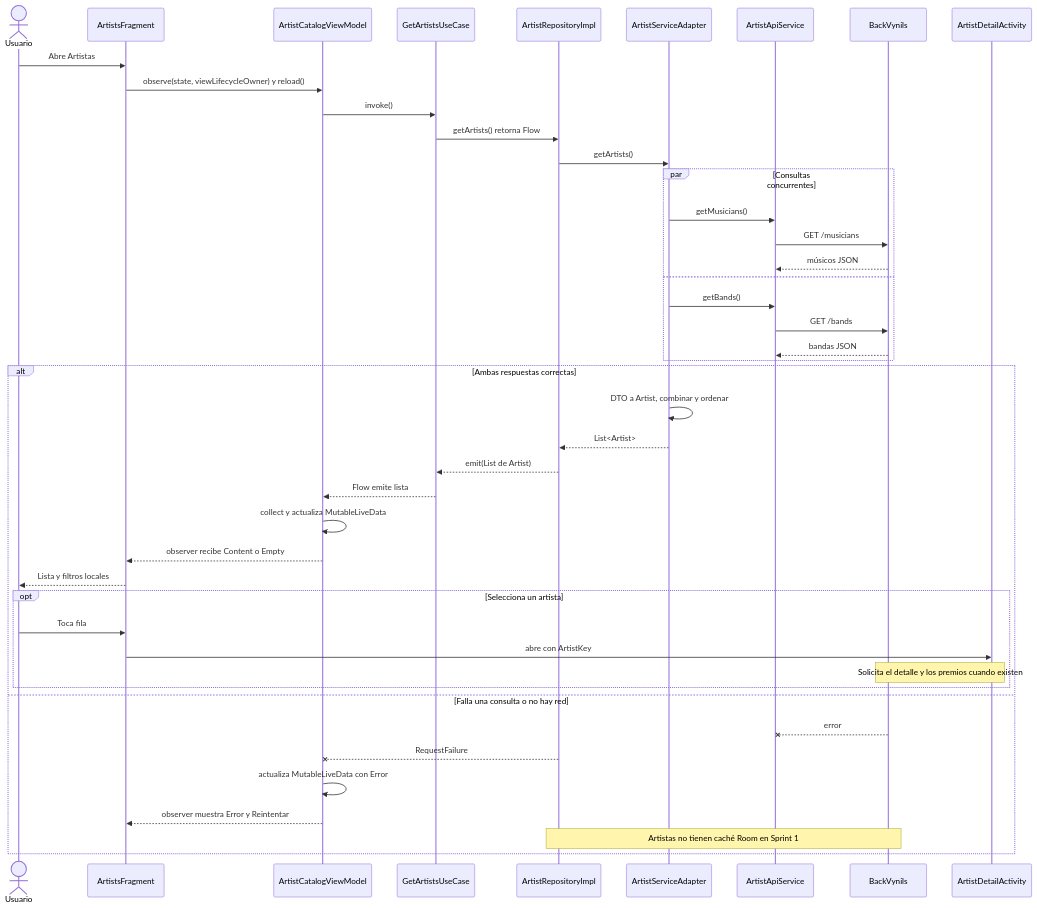
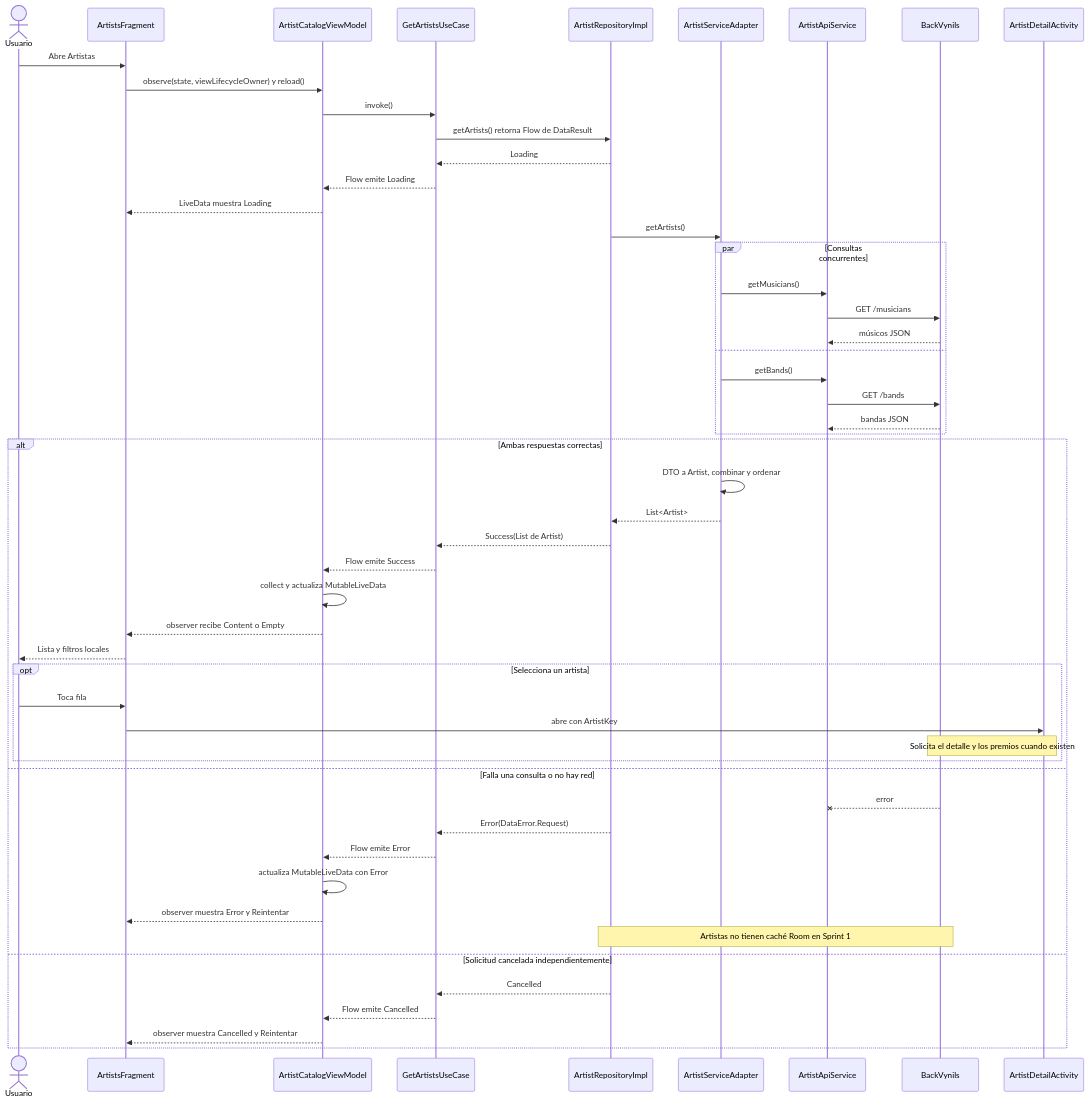
One commit to jhonospina2711/MISW4201-202615-Vinilos-Mobile-Grupo13 changed the fourth of 5 diagrams in docs/ARQUITECTURA_SPRINT1.md. Above: the diagram before and after it, drawn with Mermaid. The commit also changed other lines of this file and 40 other files, not shown here.

Commit message:
feat: model repository flow outcomes with sealed results

````diff
--- a/docs/ARQUITECTURA_SPRINT1.md
+++ b/docs/ARQUITECTURA_SPRINT1.md
@@ -102,46 +104,54 @@
 ```mermaid
 sequenceDiagram
   actor Usuario
   participant Vista as ArtistsFragment
   participant VM as ArtistCatalogViewModel
   participant UC as GetArtistsUseCase
   participant Repo as ArtistRepositoryImpl
   participant Adapter as ArtistServiceAdapter
   participant API as ArtistApiService
   participant Server as BackVynils
   participant Detail as ArtistDetailActivity
   Usuario->>Vista: Abre Artistas
   Vista->>VM: observe(state, viewLifecycleOwner) y reload()
   VM->>UC: invoke()
-  UC->>Repo: getArtists() retorna Flow
+  UC->>Repo: getArtists() retorna Flow de DataResult
+  Repo-->>UC: Loading
+  UC-->>VM: Flow emite Loading
+  VM-->>Vista: LiveData muestra Loading
   Repo->>Adapter: getArtists()
   par Consultas concurrentes
     Adapter->>API: getMusicians()
     API->>Server: GET /musicians
     Server-->>API: músicos JSON
   and
     Adapter->>API: getBands()
     API->>Server: GET /bands
     Server-->>API: bandas JSON
   end
   alt Ambas respuestas correctas
     Adapter->>Adapter: DTO a Artist, combinar y ordenar
     Adapter-->>Repo: List<Artist>
-    Repo-->>UC: emit(List de Artist)
-    UC-->>VM: Flow emite lista
+    Repo-->>UC: Success(List de Artist)
+    UC-->>VM: Flow emite Success
     VM->>VM: collect y actualiza MutableLiveData
     VM-->>Vista: observer recibe Content o Empty
     Vista-->>Usuario: Lista y filtros locales
     opt Selecciona un artista
       Usuario->>Vista: Toca fila
       Vista->>Detail: abre con ArtistKey
       Note over Detail,Server: Solicita el detalle y los premios cuando existen
     end
   else Falla una consulta o no hay red
     Server--xAPI: error
-    Repo--xVM: RequestFailure
+    Repo-->>UC: Error(DataError.Request)
+    UC-->>VM: Flow emite Error
     VM->>VM: actualiza MutableLiveData con Error
     VM-->>Vista: observer muestra Error y Reintentar
     Note over Repo,Server: Artistas no tienen caché Room en Sprint 1
+  else Solicitud cancelada independientemente
+    Repo-->>UC: Cancelled
+    UC-->>VM: Flow emite Cancelled
+    VM-->>Vista: observer muestra Cancelled y Reintentar
   end
 ```
````
